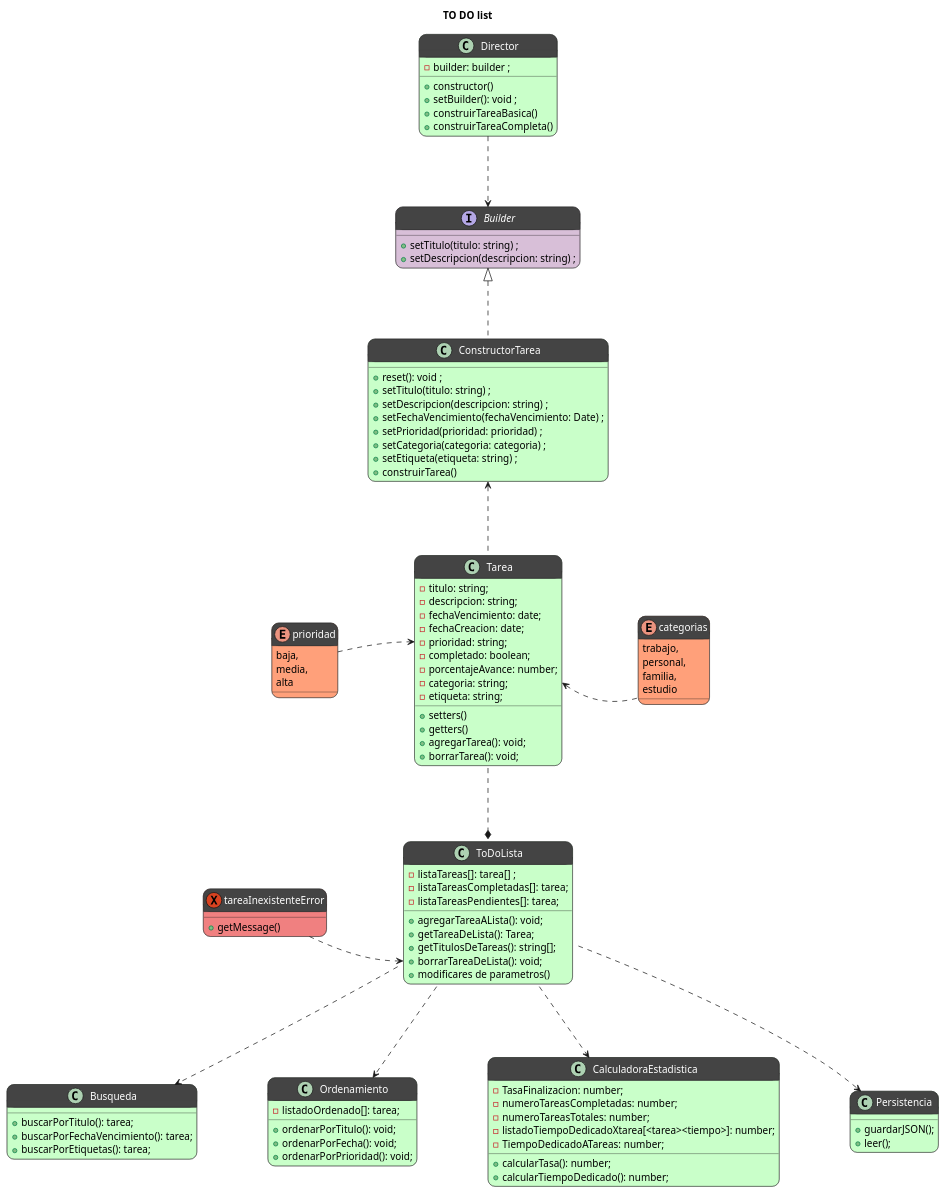
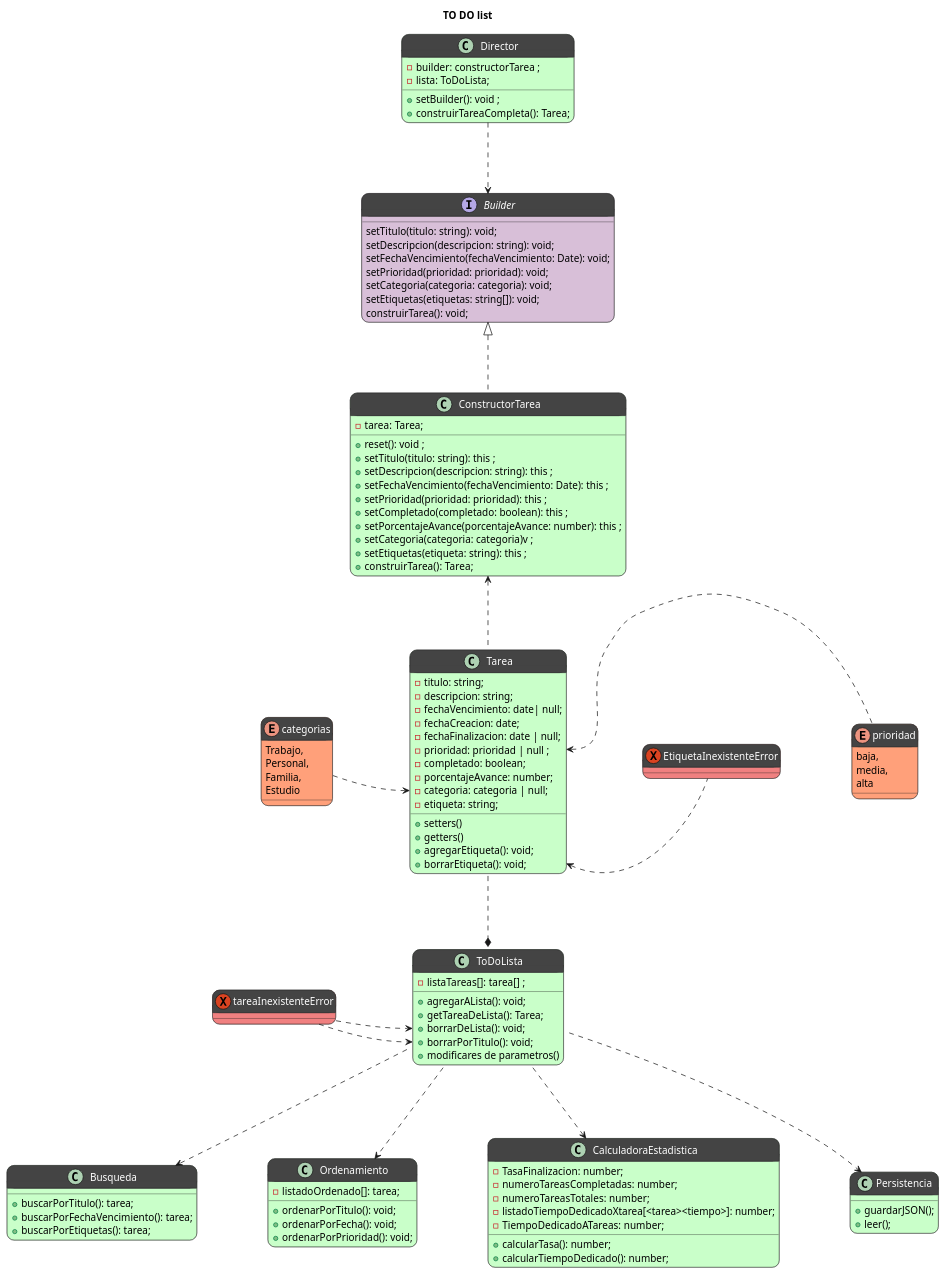
The diagram in diagramas/diagrama.puml (FrancoLuduena-dev/To-DO-list), drawn with PlantUML before and after one commit. The commit also changed 10 other files, not shown here.

Commit message:
builder: clases y metodos completados

```diff
--- a/diagramas/diagrama.puml
+++ b/diagramas/diagrama.puml
@@ -1,141 +1,144 @@
 @startuml diagrama clases
 title TO DO list
 
 interface Builder #Thistle;header:444{
-    +setTitulo(titulo: string) ;
-    +setDescripcion(descripcion: string) ;
+    setTitulo(titulo: string): void;
+    setDescripcion(descripcion: string): void;
+    setFechaVencimiento(fechaVencimiento: Date): void;
+    setPrioridad(prioridad: prioridad): void;
+    setCategoria(categoria: categoria): void;
+    setEtiquetas(etiquetas: string[]): void;
+    construirTarea(): void;
 }
-
 
 class Tarea #TECHNOLOGY;header:444{
     - titulo: string;
     - descripcion: string;
-    - fechaVencimiento: date;
+    - fechaVencimiento: date| null;
     - fechaCreacion: date;
-    - prioridad: string;
+    - fechaFinalizacion: date | null;
+    - prioridad: prioridad | null ;
     - completado: boolean;
     - porcentajeAvance: number;
-    - categoria: string;
+    - categoria: categoria | null;
     - etiqueta: string;
     + setters()
     + getters()
-    + agregarTarea(): void;
-    + borrarTarea(): void;
+    + agregarEtiqueta(): void;
+    + borrarEtiqueta(): void;
 }
 
 class ConstructorTarea #TECHNOLOGY;header:444 implements Builder {
+    - tarea: Tarea;
     +reset(): void ;
-    +setTitulo(titulo: string) ;
-    +setDescripcion(descripcion: string) ;
-    +setFechaVencimiento(fechaVencimiento: Date) ;
-    +setPrioridad(prioridad: prioridad) ;
-    +setCategoria(categoria: categoria) ;
-    +setEtiqueta(etiqueta: string) ;
-    +construirTarea()
+    +setTitulo(titulo: string): this ;
+    +setDescripcion(descripcion: string): this ;
+    +setFechaVencimiento(fechaVencimiento: Date): this ;
+    +setPrioridad(prioridad: prioridad): this ;
+    +setCompletado(completado: boolean): this ;
+    +setPorcentajeAvance(porcentajeAvance: number): this ;
+    +setCategoria(categoria: categoria)v ;
+    +setEtiquetas(etiqueta: string): this ;
+    +construirTarea(): Tarea;
 }
 
 class Director #TECHNOLOGY;header:444{
-    -builder: builder ;
-    +constructor()
+    -builder: constructorTarea ;
+    -lista: ToDoLista;
     +setBuilder(): void ;
-    +construirTareaBasica() 
-    'este solo pediria el setTitulo y setDescripcion
-    +construirTareaCompleta()
-    'Este tendria los sets de cada paso
+    +construirTareaCompleta(): Tarea;
 }
 
 enum prioridad #LightSalmon;header:444{
-    baja, 
+    baja,
     media,
     alta
-}
+    }
 
 enum categorias #LightSalmon;header:444{
-    trabajo, 
-    personal, 
-    familia, 
-    estudio
+    Trabajo,
+    Personal,
+    Familia,
+    Estudio
 }
-
 
 class ToDoLista #TECHNOLOGY;header:444{
     - listaTareas[]: tarea[] ;
-    - listaTareasCompletadas[]: tarea;
-    - listaTareasPendientes[]: tarea;
-    + agregarTareaALista(): void;
+    + agregarALista(): void;
     + getTareaDeLista(): Tarea;
-    + getTitulosDeTareas(): string[];
-    + borrarTareaDeLista(): void;
+    + borrarDeLista(): void;
+    + borrarPorTitulo(): void;
     + modificares de parametros()
+    ' NO SE SI SON NECESARIOS ESTOS, PUEDE TOMARLOS DEL GENERAL
 }
 
 class Busqueda #TECHNOLOGY;header:444{
     + buscarPorTitulo(): tarea;
     + buscarPorFechaVencimiento(): tarea;
     + buscarPorEtiquetas(): tarea;
 }
 
 class Ordenamiento #TECHNOLOGY;header:444{
     - listadoOrdenado[]: tarea;
     + ordenarPorTitulo(): void;
     + ordenarPorFecha(): void;
     + ordenarPorPrioridad(): void;
 }
 
 class CalculadoraEstadistica #TECHNOLOGY;header:444{
     - TasaFinalizacion: number;
     - numeroTareasCompletadas: number;
     - numeroTareasTotales: number;
     - listadoTiempoDedicadoXtarea[<tarea><tiempo>]: number;
     'esto serviria si hacemos algunas estadisticas que sean algo asi como "promedio de tiempo para resolucion de tareas", o "tiempo dedicado a X categoria / etiqueta", sino yo pondria
     - TiempoDedicadoATareas: number;
     'este simplemente sumaria el tiempo desde la creacion de la tarea hasta ahora. Tambien se puede separar en tiempo dedicado a teareas completadas y tiempo dedicado a tareas no completadas
     + calcularTasa(): number;
     + calcularTiempoDedicado(): number;
 }
 
 class Persistencia #TECHNOLOGY;header:444{
     + guardarJSON();
     + leer();
 }
 
-exception tareaInexistenteError #LightCoral;header:444{
-    + getMessage()
-}
+exception tareaInexistenteError #LightCoral;header:444{}
+
+exception EtiquetaInexistenteError #LightCoral;header:444{}
 
 'relaciones
-skinparam ranksep 100
-'cambia el largo de las flechas
-skinparam nodesep 100
-'cambia la distancia entre los cuadrados
-Tarea .u.> ConstructorTarea
-Director ..> Builder
-prioridad .r.> Tarea::prioridad
-categorias .l.> Tarea::categoria
-Tarea ..* ToDoLista 
-ToDoLista::borrarTareaDeLista <.l. tareaInexistenteError 
-ToDoLista .d.> CalculadoraEstadistica
-ToDoLista .d.> Busqueda
-ToDoLista .d.> Ordenamiento
-ToDoLista .d.> Persistencia
+    skinparam ranksep 100
+    'cambia el largo de las flechas
+    skinparam nodesep 100
+    'cambia la distancia entre los cuadrados
 
-
+    
+    categorias .r.> Tarea::categoria
+    Tarea .u.> ConstructorTarea
+    Tarea ..* ToDoLista
+    prioridad .l.> Tarea::prioridad
+    Tarea::borrarEtiqueta <.r. EtiquetaInexistenteError
+    ToDoLista::borrarDeLista <.l. tareaInexistenteError
+    ToDoLista::borrarPorTitulo <.l. tareaInexistenteError
+    ToDoLista .d.> CalculadoraEstadistica
+    ToDoLista .d.> Busqueda
+    ToDoLista .d.> Ordenamiento
+    ToDoLista .d.> Persistencia
+    Director ..> Builder
 
 'notas
-
-'diseño
-/'
-clase: #TECHNOLOGY;header:444
-clase: abstracta #LightCyan;header:444
-interfaz: #Thistle;header:444
-enums: #LightSalmon;header:444
-excepciones: #LightCoral;header:444
-'/
-skinparam roundcorner 20
-'cambia las esquinas de las clases para hacerlas mas redondeadas
-skinparam classFontColor automatic
-'cambia el color de fuente de todas las clases asi se ve en blanco sobre el fondo oscuro.
-
-
+    'diseño
+        'colores de clases
+        /'
+        clase: #TECHNOLOGY;header:444
+        clase: abstracta #LightCyan;header:444
+        interfaz: #Thistle;header:444
+        enums: #LightSalmon;header:444
+        excepciones: #LightCoral;header:444
+        '/
+    skinparam roundcorner 20
+    'cambia las esquinas de las clases para hacerlas mas redondeadas
+    skinparam classFontColor automatic
+    'cambia el color de fuente de todas las clases asi se ve en blanco sobre el fondo oscuro
 
 @enduml
```
